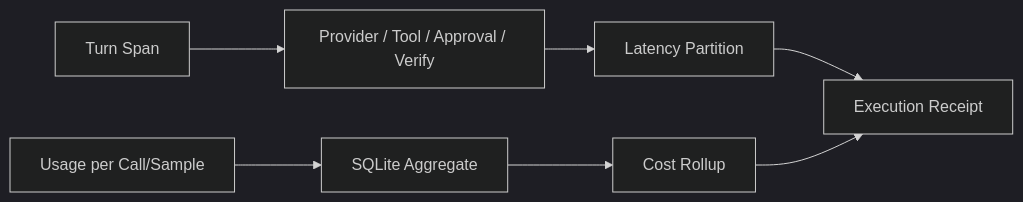
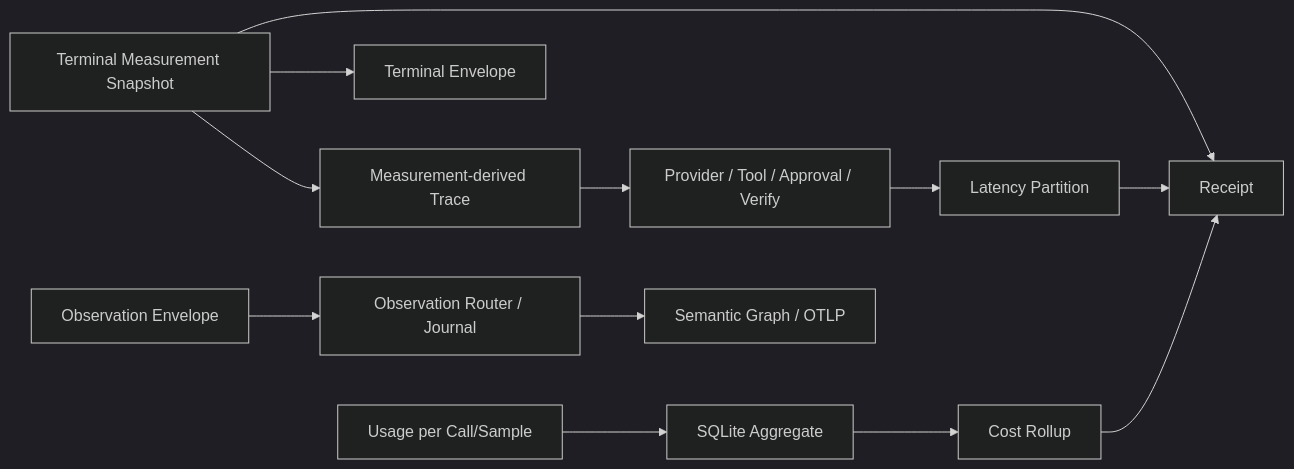
The diagram in docs/book/zh-CN/08-state-observability/04-trace-usage-cost.md (fwtllh-png/CodeHelper), drawn with Mermaid (dark theme) before and after one commit. The commit also changed other lines of this file and 314 other files, not shown here.

````diff
--- a/docs/book/zh-CN/08-state-observability/04-trace-usage-cost.md
+++ b/docs/book/zh-CN/08-state-observability/04-trace-usage-cost.md
@@ -36,9 +49,14 @@
 ```mermaid
 flowchart LR
-    T[Turn Span] --> P[Provider / Tool / Approval / Verify]
+    M[Terminal Measurement Snapshot] --> R[Receipt]
+    M --> T[Measurement-derived Trace]
+    M --> E[Terminal Envelope]
+    T --> P[Provider / Tool / Approval / Verify]
     P --> L[Latency Partition]
     U[Usage per Call/Sample] --> A[SQLite Aggregate]
     A --> C[Cost Rollup]
-    L --> R[Execution Receipt]
+    O[Observation Envelope] --> J[Observation Router / Journal]
+    J --> X[Semantic Graph / OTLP]
+    L --> R
     C --> R
 ```
````
